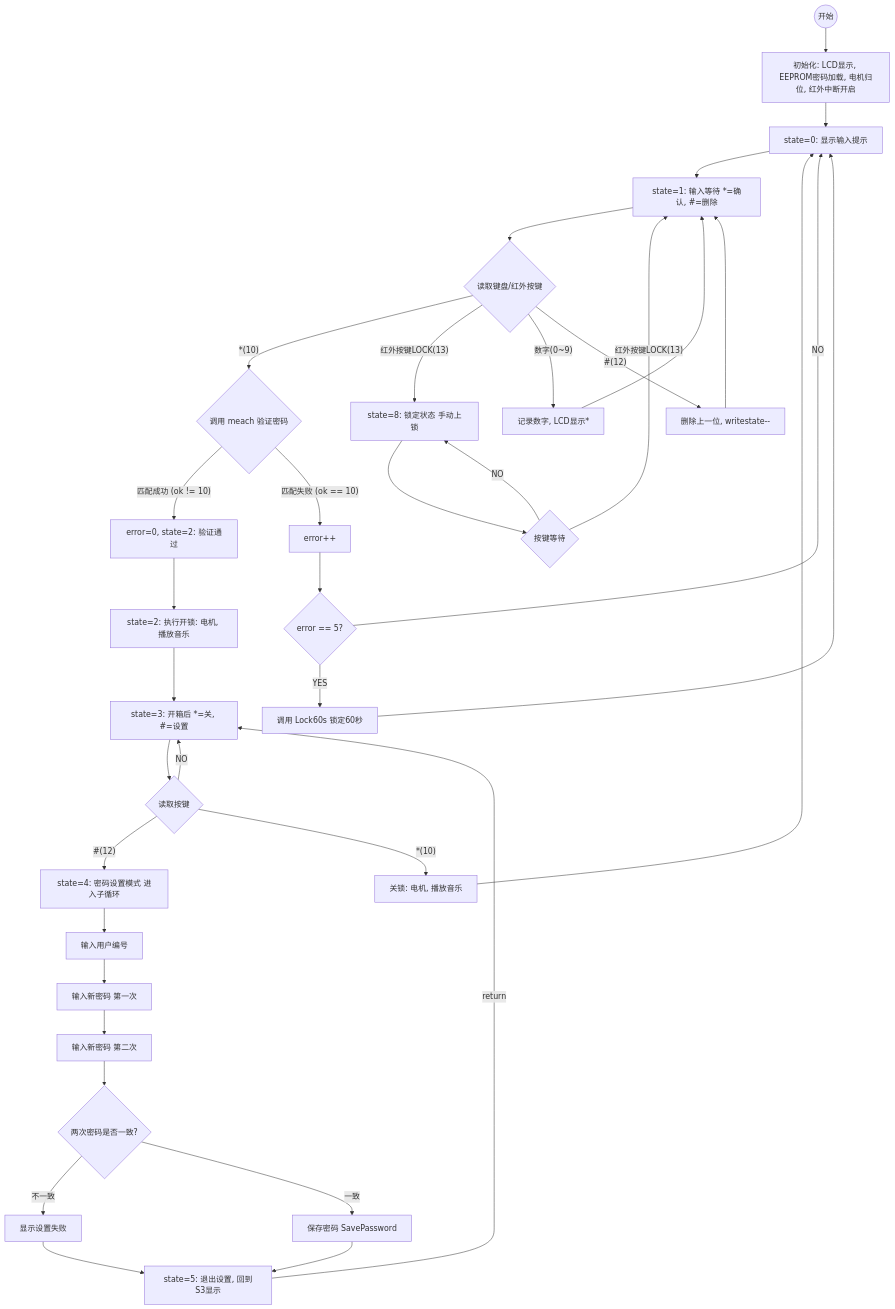
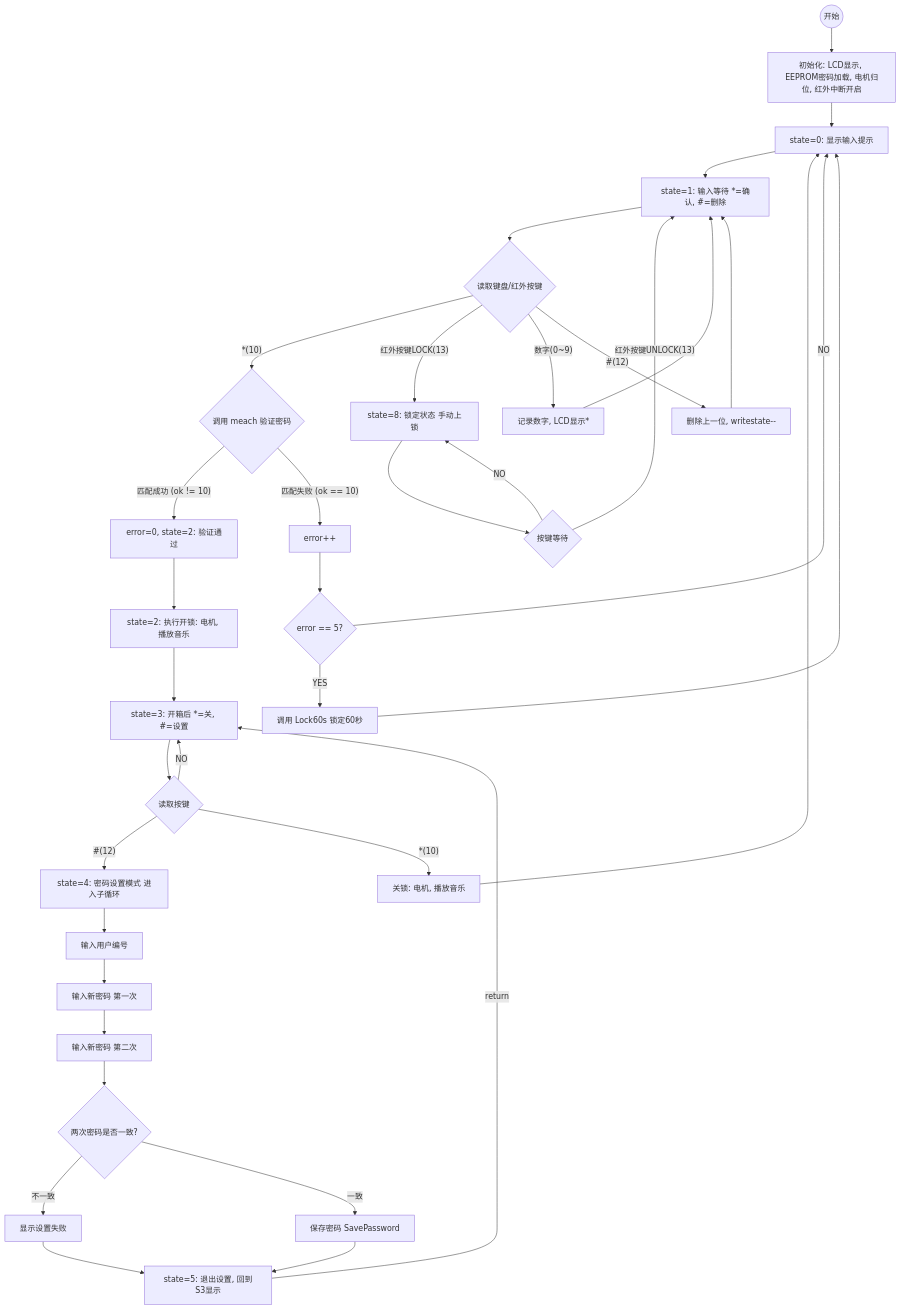
One commit to ksxyh-22/iodraw-files changed the diagram in all/未命名-2.md. Above: the diagram before and after it, drawn with Mermaid.

Commit message:
2025-10-11 11:24:21 update

````diff
--- a/all/未命名-2.md
+++ b/all/未命名-2.md
@@ -1,76 +1,76 @@
 ```mermaid
 graph TD
     %% 状态机主流程
     START((开始)) --> INIT[初始化: LCD显示, EEPROM密码加载, 电机归位, 红外中断开启];
     INIT --> S0[state=0: 显示输入提示];
 
     %% 状态 1: 密码输入与验证 (主流程)
     S0 --> S1[state=1: 输入等待 *=确认, #=删除];
     
     S1 --> INPUT{读取键盘/红外按键};
     
     %% 验证分支
     INPUT -- *(10) --> VERIFY{调用 meach 验证密码};
 
 
     
 
     %% 手动锁定 (分支到右侧)
     INPUT -- 红外按键LOCK(13) --> S8;
 
     %% 处理输入分支
     INPUT -- 数字(0~9) --> DIGIT[记录数字, LCD显示*];
     DIGIT --> S1;
 
     INPUT -- #(12) --> DELETE[删除上一位, writestate--];
     DELETE --> S1;
 
     
     VERIFY -- 匹配成功 (ok != 10) --> S2_SUCCESS[error=0, state=2: 验证通过];
     
     %% 失败和错误处理 (分支到右侧)
     VERIFY -- 匹配失败 (ok == 10) --> ERROR_COUNT[error++];
     
     ERROR_COUNT --> CHECK_ERRORS{error == 5?};
     
     CHECK_ERRORS -- NO --> S0;
 
     CHECK_ERRORS -- YES --> LOCK_60s[调用 Lock60s 锁定60秒];
     LOCK_60s --> S0;
 
     %% 状态 2, 3, 5: 开锁后的操作 (主流程)
     S2_SUCCESS --> S2_OPEN[state=2: 执行开锁: 电机, 播放音乐];
     S2_OPEN --> S3[state=3: 开箱后 *=关, #=设置];
 
     S3 --> POST_KEY{读取按键};
     
     POST_KEY -- NO --> S3;
     
     POST_KEY -- #(12) --> S4[state=4: 密码设置模式 进入子循环];
 
     POST_KEY -- *(10) --> S3_CLOSE[关锁: 电机, 播放音乐];
     S3_CLOSE --> S0;
     
     
 
     %% 状态 4: 密码设置 (子流程)
     S4 --> S4_USER[输入用户编号];
     S4_USER --> S4_PASS1[输入新密码 第一次];
     S4_PASS1 --> S4_PASS2[输入新密码 第二次];
 
     S4_PASS2 --> S4_CHECK{两次密码是否一致?};
     
     S4_CHECK -- 不一致 --> S4_FAIL[显示设置失败];
     S4_FAIL --> S5[state=5: 退出设置, 回到S3显示];
 
     S4_CHECK -- 一致 --> S4_SAVE[保存密码 SavePassword];
     S4_SAVE --> S5;
     
     S5 -- return --> S3; 
     
     %% 状态 8: 锁定状态 (独立循环)
     S8[state=8: 锁定状态 手动上锁] --> S8_WAIT{按键等待};
     
     S8_WAIT -- NO --> S8;
-    S8_WAIT -- 红外按键LOCK(13) --> S1;
+    S8_WAIT -- 红外按键UNLOCK(13) --> S1;
 ```
````
